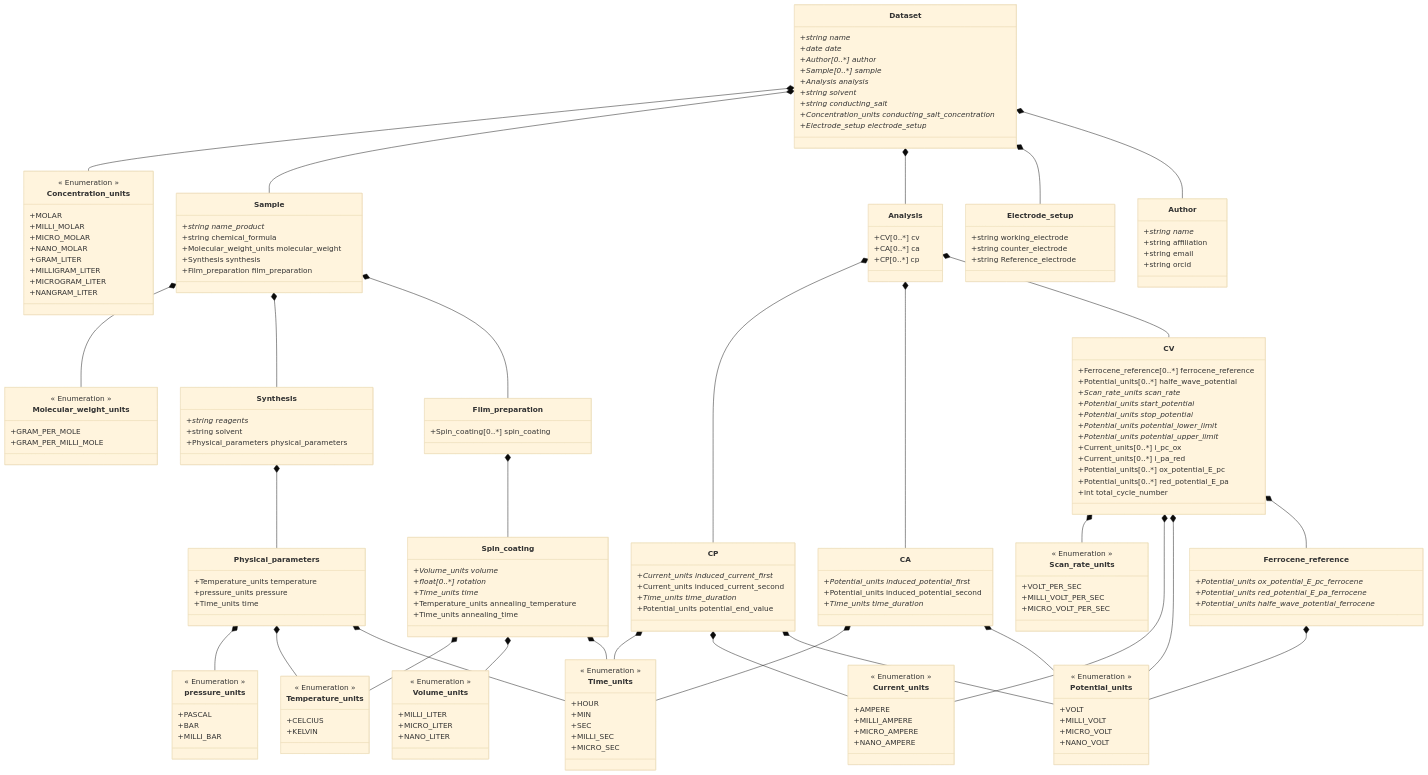
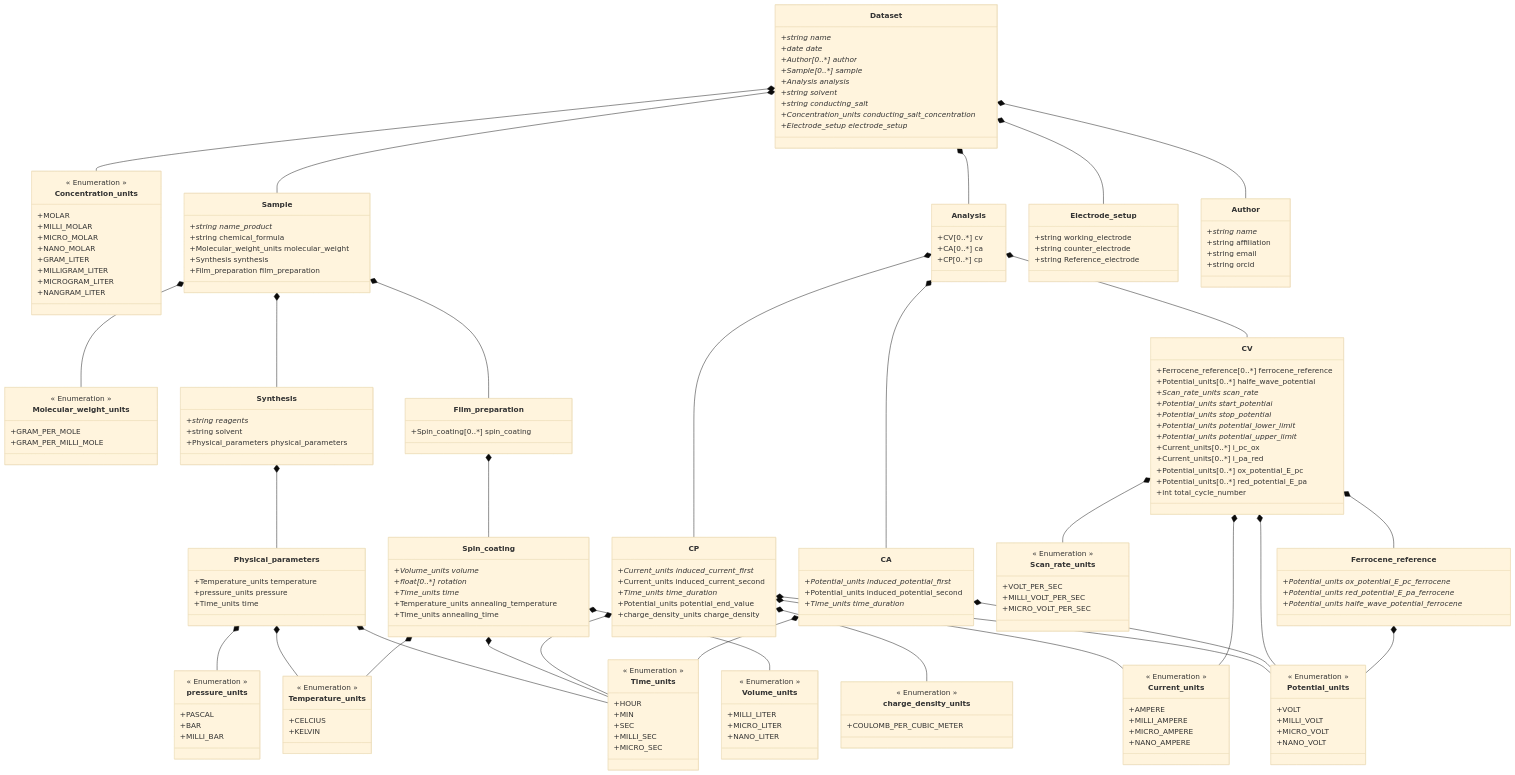
The diagram in ElectrochemistryDataModel/schemes/electrochemistrydatamodel_schema.md (FAIRChemistry/datamodel-electrochemistry), drawn with Mermaid (base theme) before and after one commit. The commit also changed 16 other files, not shown here.

```diff
--- a/ElectrochemistryDataModel/schemes/electrochemistrydatamodel_schema.md
+++ b/ElectrochemistryDataModel/schemes/electrochemistrydatamodel_schema.md
@@ -19,6 +19,7 @@
     Analysis *-- CP
     Analysis *-- CA
     Analysis *-- CV
+    CP *-- charge_density_units
     CP *-- Time_units
     CP *-- Current_units
     CP *-- Potential_units
@@ -85,6 +86,7 @@
         +Current_units induced_current_second
         +Time_units time_duration*
         +Potential_units potential_end_value
+        +charge_density_units charge_density
     }
     
     class CA {
@@ -125,6 +127,11 @@
         +string affiliation
         +string email
         +string orcid
+    }
+    
+    class charge_density_units {
+        << Enumeration >>
+        +COULOMB_PER_CUBIC_METER
     }
     
     class pressure_units {
```
